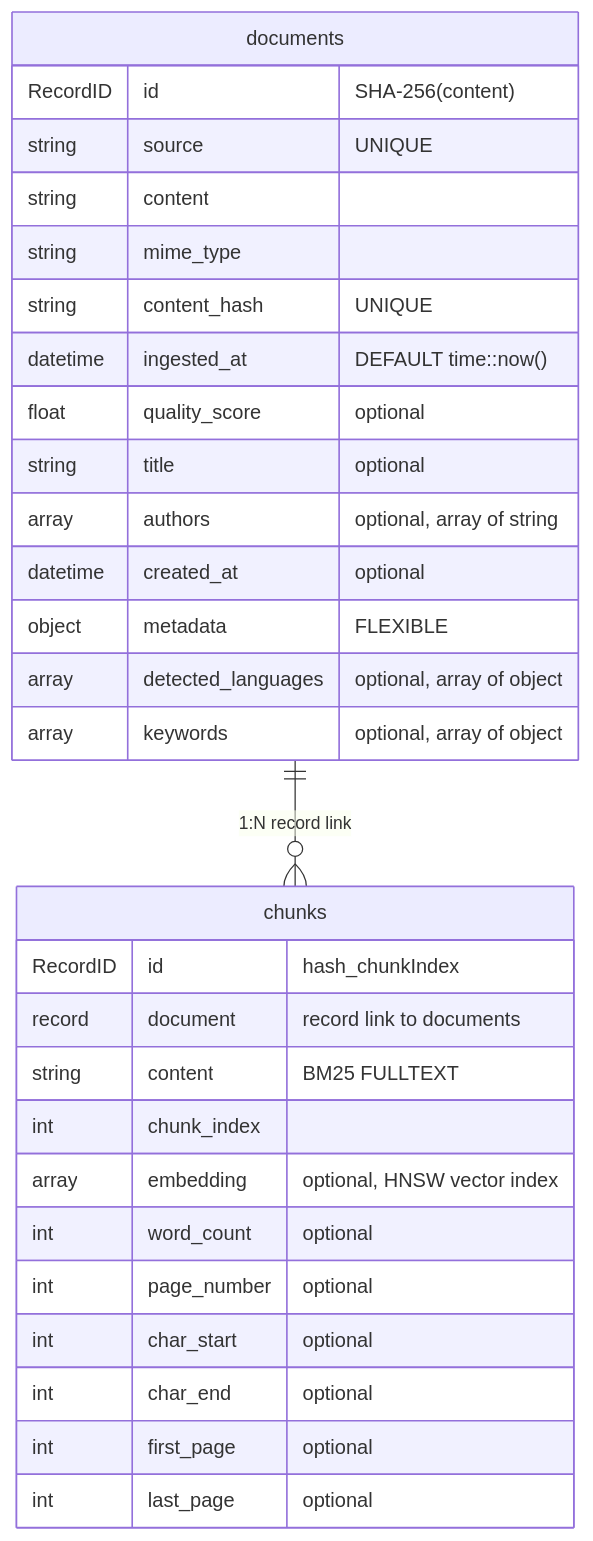
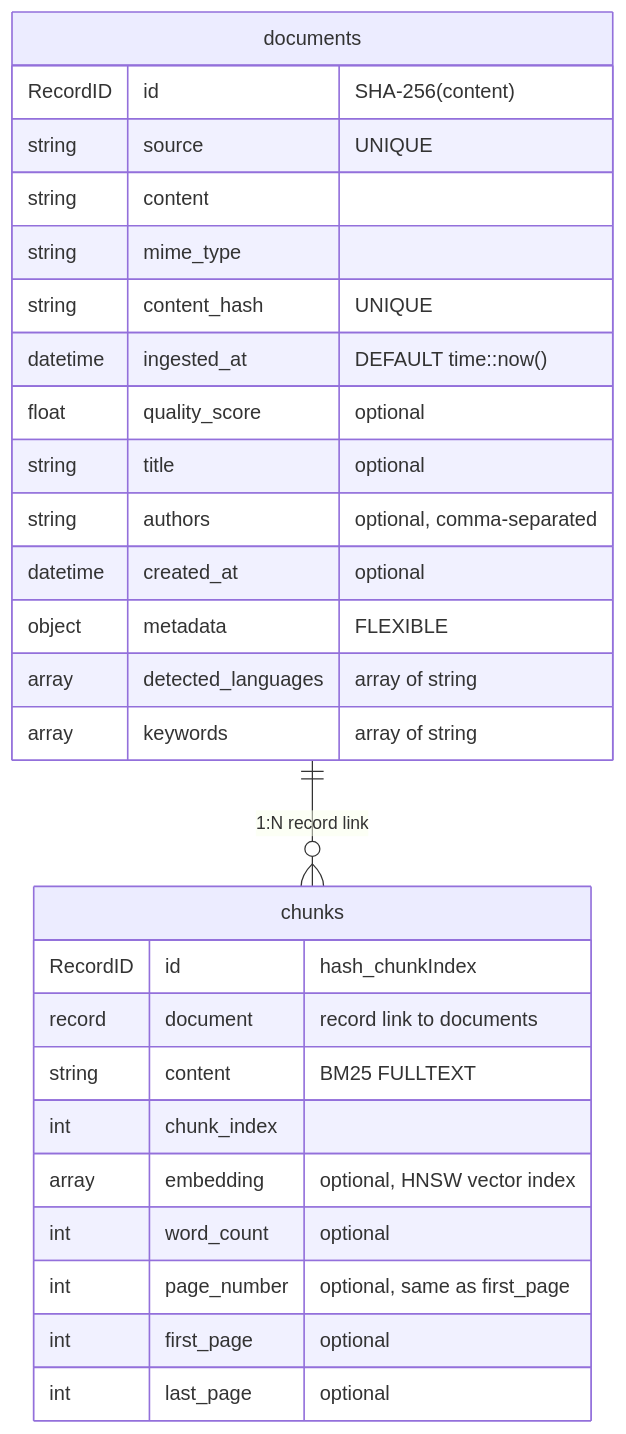
The second of 2 diagrams in README.md (xberg-io/xberg), drawn with Mermaid before and after one commit. The commit also changed other lines of this file and 3 other files, not shown here.

First line of the commit message:
chore(release): prepare 0.2.0 with corrected schema documentation

````diff
--- a/README.md
+++ b/README.md
@@ -357,32 +357,30 @@
 ```mermaid
 erDiagram
     documents ||--o{ chunks : "1:N record link"
     documents {
         RecordID id "SHA-256(content)"
         string source "UNIQUE"
         string content
         string mime_type
         string content_hash "UNIQUE"
         datetime ingested_at "DEFAULT time::now()"
         float quality_score "optional"
         string title "optional"
-        array authors "optional, array of string"
+        string authors "optional, comma-separated"
         datetime created_at "optional"
         object metadata "FLEXIBLE"
-        array detected_languages "optional, array of object"
-        array keywords "optional, array of object"
+        array detected_languages "array of string"
+        array keywords "array of string"
     }
     chunks {
         RecordID id "hash_chunkIndex"
         record document "record link to documents"
         string content "BM25 FULLTEXT"
         int chunk_index
         array embedding "optional, HNSW vector index"
         int word_count "optional"
-        int page_number "optional"
-        int char_start "optional"
-        int char_end "optional"
+        int page_number "optional, same as first_page"
         int first_page "optional"
         int last_page "optional"
     }
 ```
````
